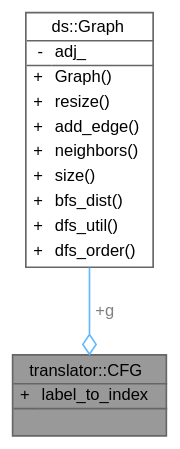
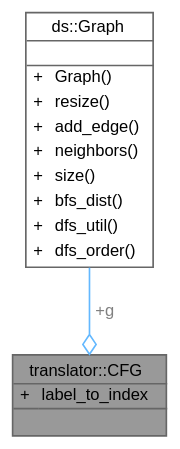
Before and after one commit to mustafayldrnn/cen207-2025-2026-5-Mustafa-Yildirimm-cpp: the diagram in docs/doxygenlibwin/rtf/structtranslator_1_1_c_f_g__coll__graph.dot, drawn with Graphviz. The commit also changed 1511 other files, not shown here.

```diff
--- a/docs/doxygenlibwin/rtf/structtranslator_1_1_c_f_g__coll__graph.dot
+++ b/docs/doxygenlibwin/rtf/structtranslator_1_1_c_f_g__coll__graph.dot
@@ -1,31 +1,31 @@
 digraph "translator::CFG"
 {
  // INTERACTIVE_SVG=YES
  // LATEX_PDF_SIZE
   bgcolor="transparent";
   edge [fontname=Helvetica,fontsize=10,labelfontname=Helvetica,labelfontsize=10];
   node [fontname=Helvetica,fontsize=10,shape=box,height=0.2,width=0.4];
   Node1 [id="Node000001",shape=plain,label=<<TABLE CELLBORDER="0" BORDER="1"><TR><TD COLSPAN="2" CELLPADDING="1" CELLSPACING="0">translator::CFG</TD></TR>
 <HR/>
 <TR><TD VALIGN="top" CELLPADDING="1" CELLSPACING="0">+</TD><TD VALIGN="top" ALIGN="LEFT" CELLPADDING="1" CELLSPACING="0">label_to_index<BR ALIGN="LEFT"/></TD></TR>
 <HR/>
 <TR><TD COLSPAN="2" CELLPADDING="1" CELLSPACING="0">&nbsp;</TD></TR>
 </TABLE>>
-,height=0.2,width=0.4,color="gray40", fillcolor="grey60", style="filled", fontcolor="black",tooltip=" "];
+,height=0.2,width=0.4,color="gray40", fillcolor="grey60", style="filled", fontcolor="black",tooltip="CFG yapısı (graf + etiket→indeks eşlemesi)"];
   Node2 -> Node1 [id="edge3_Node000001_Node000002",color="steelblue1",style="solid",tooltip=" ",label=<<TABLE CELLBORDER="0" BORDER="0"><TR><TD VALIGN="top" ALIGN="LEFT" CELLPADDING="1" CELLSPACING="0">+g</TD></TR>
 </TABLE>> ,fontcolor="grey" ,arrowhead="odiamond"];
   Node2 [id="Node000002",shape=plain,label=<<TABLE CELLBORDER="0" BORDER="1"><TR><TD COLSPAN="2" CELLPADDING="1" CELLSPACING="0">ds::Graph</TD></TR>
 <HR/>
-<TR><TD VALIGN="top" CELLPADDING="1" CELLSPACING="0">-</TD><TD VALIGN="top" ALIGN="LEFT" CELLPADDING="1" CELLSPACING="0">adj_<BR ALIGN="LEFT"/></TD></TR>
+<TR><TD COLSPAN="2" CELLPADDING="1" CELLSPACING="0">&nbsp;</TD></TR>
 <HR/>
 <TR><TD VALIGN="top" CELLPADDING="1" CELLSPACING="0">+</TD><TD VALIGN="top" ALIGN="LEFT" CELLPADDING="1" CELLSPACING="0">Graph()<BR ALIGN="LEFT"/></TD></TR>
 <TR><TD VALIGN="top" CELLPADDING="1" CELLSPACING="0">+</TD><TD VALIGN="top" ALIGN="LEFT" CELLPADDING="1" CELLSPACING="0">resize()<BR ALIGN="LEFT"/></TD></TR>
 <TR><TD VALIGN="top" CELLPADDING="1" CELLSPACING="0">+</TD><TD VALIGN="top" ALIGN="LEFT" CELLPADDING="1" CELLSPACING="0">add_edge()<BR ALIGN="LEFT"/></TD></TR>
 <TR><TD VALIGN="top" CELLPADDING="1" CELLSPACING="0">+</TD><TD VALIGN="top" ALIGN="LEFT" CELLPADDING="1" CELLSPACING="0">neighbors()<BR ALIGN="LEFT"/></TD></TR>
 <TR><TD VALIGN="top" CELLPADDING="1" CELLSPACING="0">+</TD><TD VALIGN="top" ALIGN="LEFT" CELLPADDING="1" CELLSPACING="0">size()<BR ALIGN="LEFT"/></TD></TR>
 <TR><TD VALIGN="top" CELLPADDING="1" CELLSPACING="0">+</TD><TD VALIGN="top" ALIGN="LEFT" CELLPADDING="1" CELLSPACING="0">bfs_dist()<BR ALIGN="LEFT"/></TD></TR>
 <TR><TD VALIGN="top" CELLPADDING="1" CELLSPACING="0">+</TD><TD VALIGN="top" ALIGN="LEFT" CELLPADDING="1" CELLSPACING="0">dfs_util()<BR ALIGN="LEFT"/></TD></TR>
 <TR><TD VALIGN="top" CELLPADDING="1" CELLSPACING="0">+</TD><TD VALIGN="top" ALIGN="LEFT" CELLPADDING="1" CELLSPACING="0">dfs_order()<BR ALIGN="LEFT"/></TD></TR>
 </TABLE>>
-,height=0.2,width=0.4,color="gray40", fillcolor="white", style="filled",URL="$classds_1_1_graph.html",tooltip=" "];
+,height=0.2,width=0.4,color="gray40", fillcolor="white", style="filled",URL="$classds_1_1_graph.html",tooltip="Komşuluk listesi tabanlı grafik."];
 }
```
